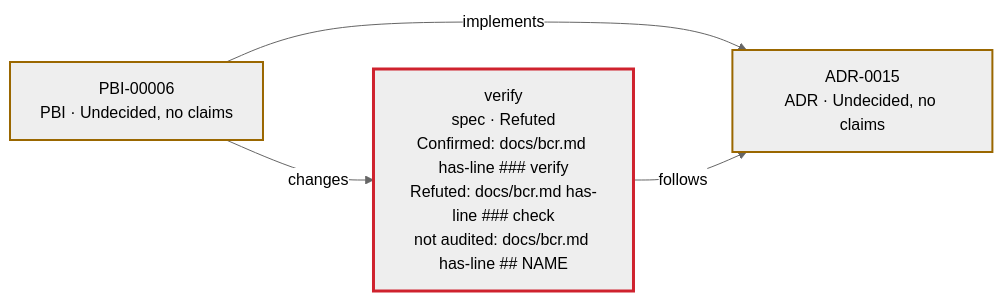
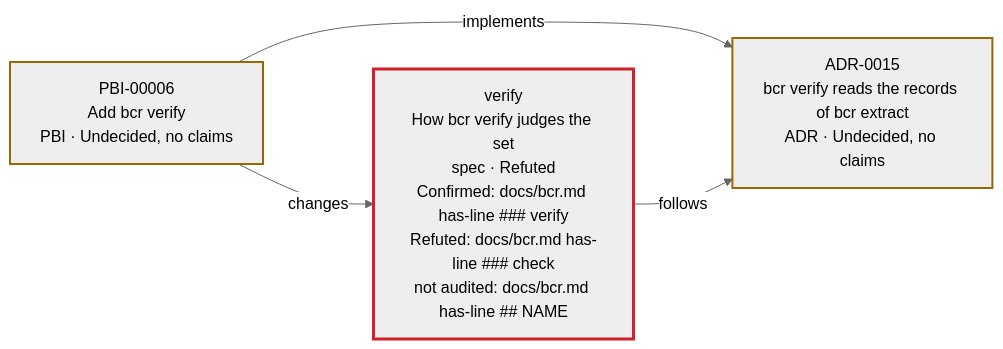
The second of 2 diagrams in internal/page/testdata/small.golden.md (rodolfo-mendes/breadcrumb-sdd), drawn with Mermaid (neutral theme) before and after one commit. The commit also changed 15 other files, not shown here.

First line of the commit message:
feat: Show a breadcrumb's title in the report's diagrams (#56)

````diff
--- a/internal/page/testdata/small.golden.md
+++ b/internal/page/testdata/small.golden.md
@@ -44,16 +44,16 @@
 ```mermaid
 flowchart LR
-  n1["ADR-0015<br/>ADR · Undecided, no claims"]
-  n2["PBI-00006<br/>PBI · Undecided, no claims"]
-  n3["verify<br/>spec · Refuted<br/>Confirmed: docs/bcr.md has-line #35;#35;#35; verify<br/>Refuted: docs/bcr.md has-line #35;#35;#35; check<br/>not audited: docs/bcr.md has-line #35;#35; NAME"]
+  n1["ADR-0015<br/>bcr verify reads the records of bcr extract<br/>ADR · Undecided, no claims"]
+  n2["PBI-00006<br/>Add bcr verify<br/>PBI · Undecided, no claims"]
+  n3["verify<br/>How bcr verify judges the set<br/>spec · Refuted<br/>Confirmed: docs/bcr.md has-line #35;#35;#35; verify<br/>Refuted: docs/bcr.md has-line #35;#35;#35; check<br/>not audited: docs/bcr.md has-line #35;#35; NAME"]
   n2 -- "implements" --> n1
   n2 -- "changes" --> n3
   n3 -- "follows" --> n1
   classDef refuted stroke:#cf222e,stroke-width:3px
   classDef undecided stroke:#9a6700,stroke-width:2px
   classDef confirmed stroke:#1a7f37,stroke-width:2px
   classDef unaudited stroke:#6e7781,stroke-width:2px,stroke-dasharray:4
   class n1 undecided
   class n2 undecided
   class n3 refuted
 ```
````
